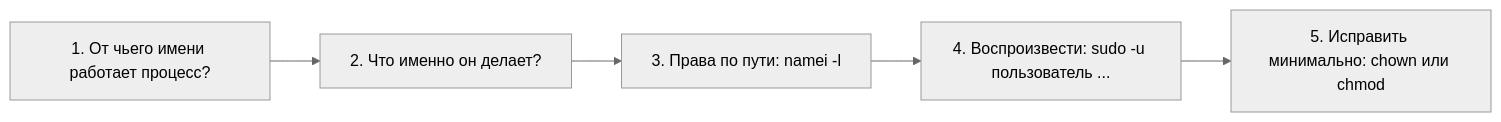
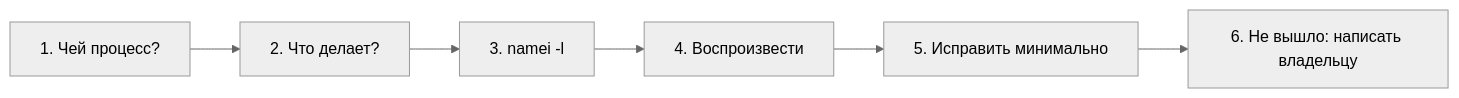
One commit to distinguished-sre/learning changed the fourth of 4 diagrams in devops/01-linux/03-users-permissions.md. Above: the diagram before and after it, drawn with Mermaid (neutral theme). The commit also changed other lines of this file and 462 other files, not shown here.

````diff
--- a/devops/01-linux/03-users-permissions.md
+++ b/devops/01-linux/03-users-permissions.md
@@ -798,4 +764,4 @@
 ```mermaid
 flowchart LR
-    A["1. От чьего имени работает процесс?"] --> B["2. Что именно он делает?"] --> C["3. Права по пути: namei -l"] --> D["4. Воспроизвести: sudo -u пользователь ..."] --> E["5. Исправить минимально: chown или chmod"]
+    A["1. Чей процесс?"] --> B["2. Что делает?"] --> C["3. namei -l"] --> D["4. Воспроизвести"] --> E["5. Исправить минимально"] --> F["6. Не вышло: написать владельцу"]
 ```
````
